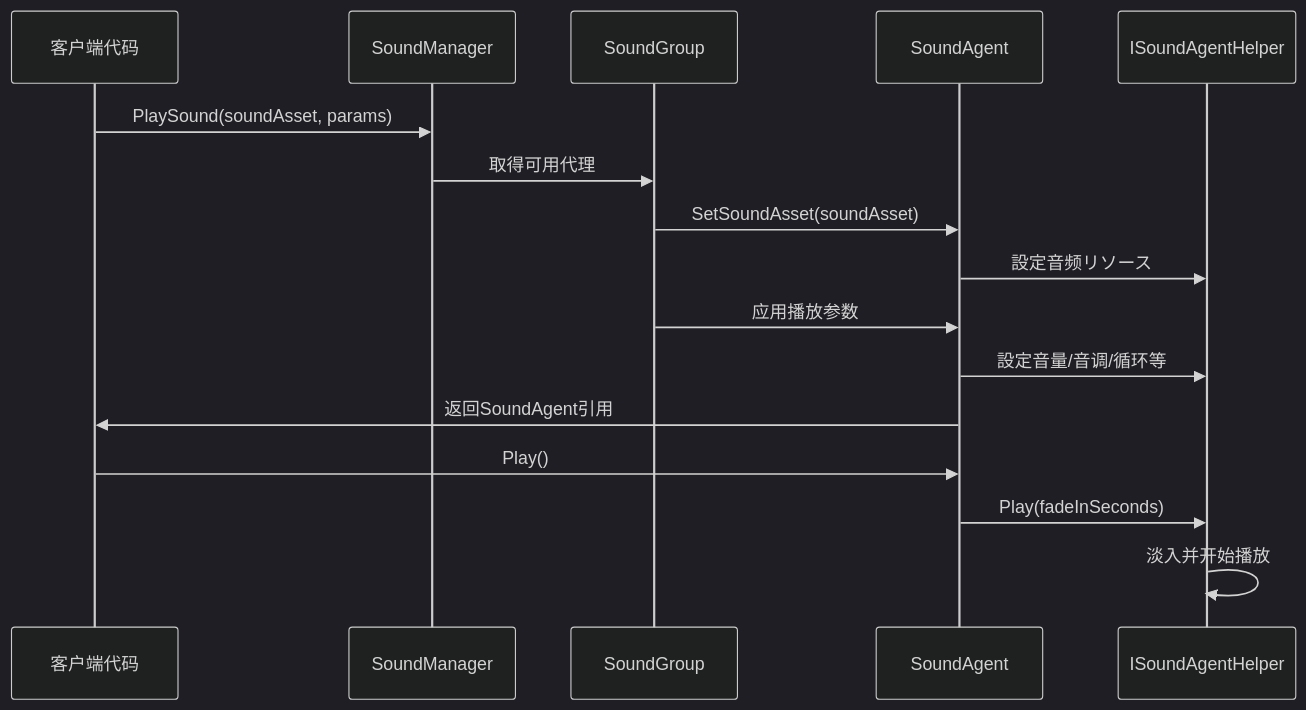
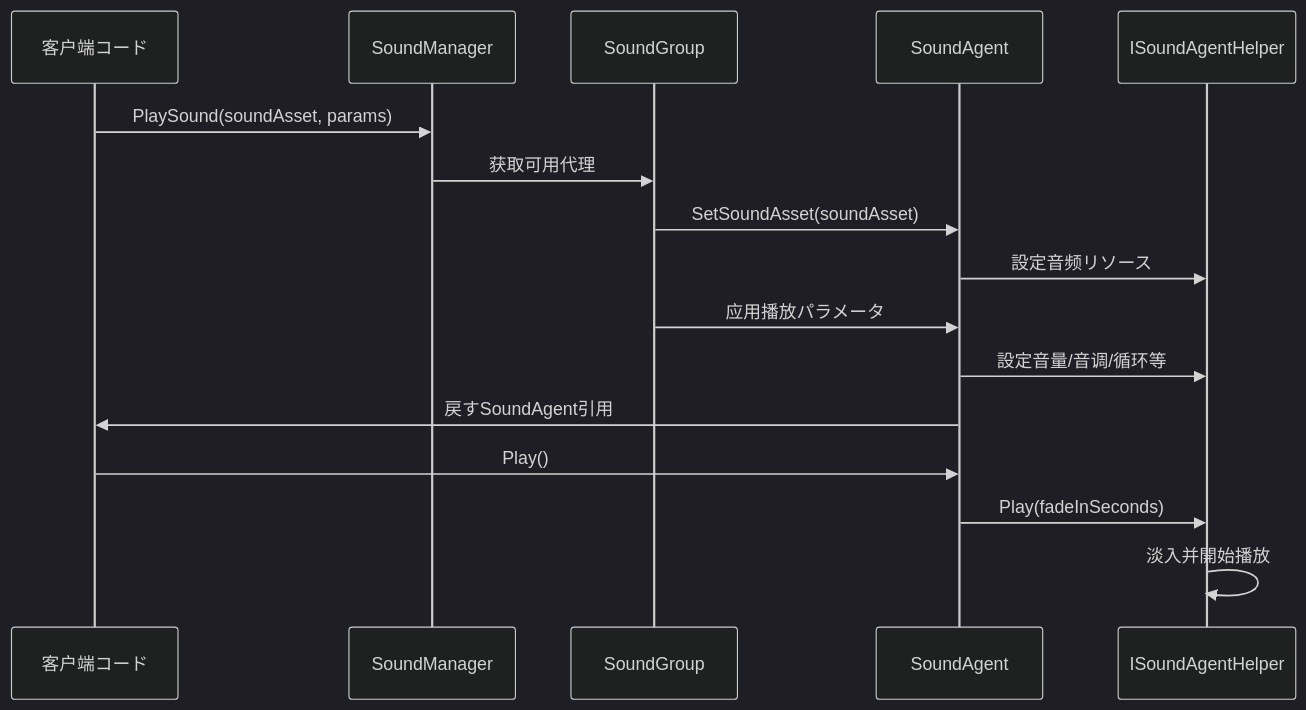
One commit to AlianBlank/GameFrameX.Docs changed the third of 4 diagrams in docs/ja/client/unity/component/sound/07.sound-agent.md. Above: the diagram before and after it, drawn with Mermaid (dark theme). The commit also changed other lines of this file and 320 other files, not shown here.

````diff
--- a/docs/ja/client/unity/component/sound/07.sound-agent.md
+++ b/docs/ja/client/unity/component/sound/07.sound-agent.md
@@ -257,19 +257,19 @@
 ```mermaid
 sequenceDiagram
-    participant Client as 客户端代码
+    participant Client as 客户端コード
     participant SM as SoundManager
     participant SG as SoundGroup
     participant SA as SoundAgent
     participant SAH as ISoundAgentHelper
 
     Client->>SM: PlaySound(soundAsset, params)
-    SM->>SG: 取得可用代理
+    SM->>SG: 获取可用代理
     SG->>SA: SetSoundAsset(soundAsset)
     SA->>SAH: 設定音频リソース
-    SG->>SA: 应用播放参数
+    SG->>SA: 应用播放パラメータ
     SA->>SAH: 設定音量/音调/循环等
-    SA->>Client: 返回SoundAgent引用
+    SA->>Client: 戻すSoundAgent引用
     Client->>SA: Play()
     SA->>SAH: Play(fadeInSeconds)
-    SAH->>SAH: 淡入并开始播放
+    SAH->>SAH: 淡入并開始播放
 ```
````
